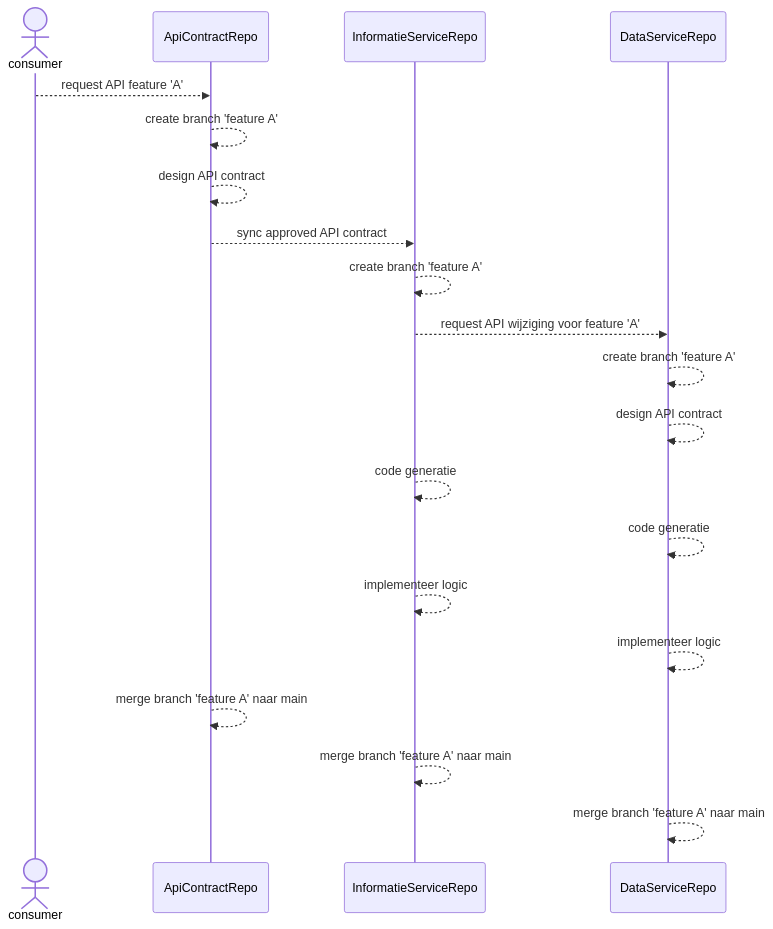
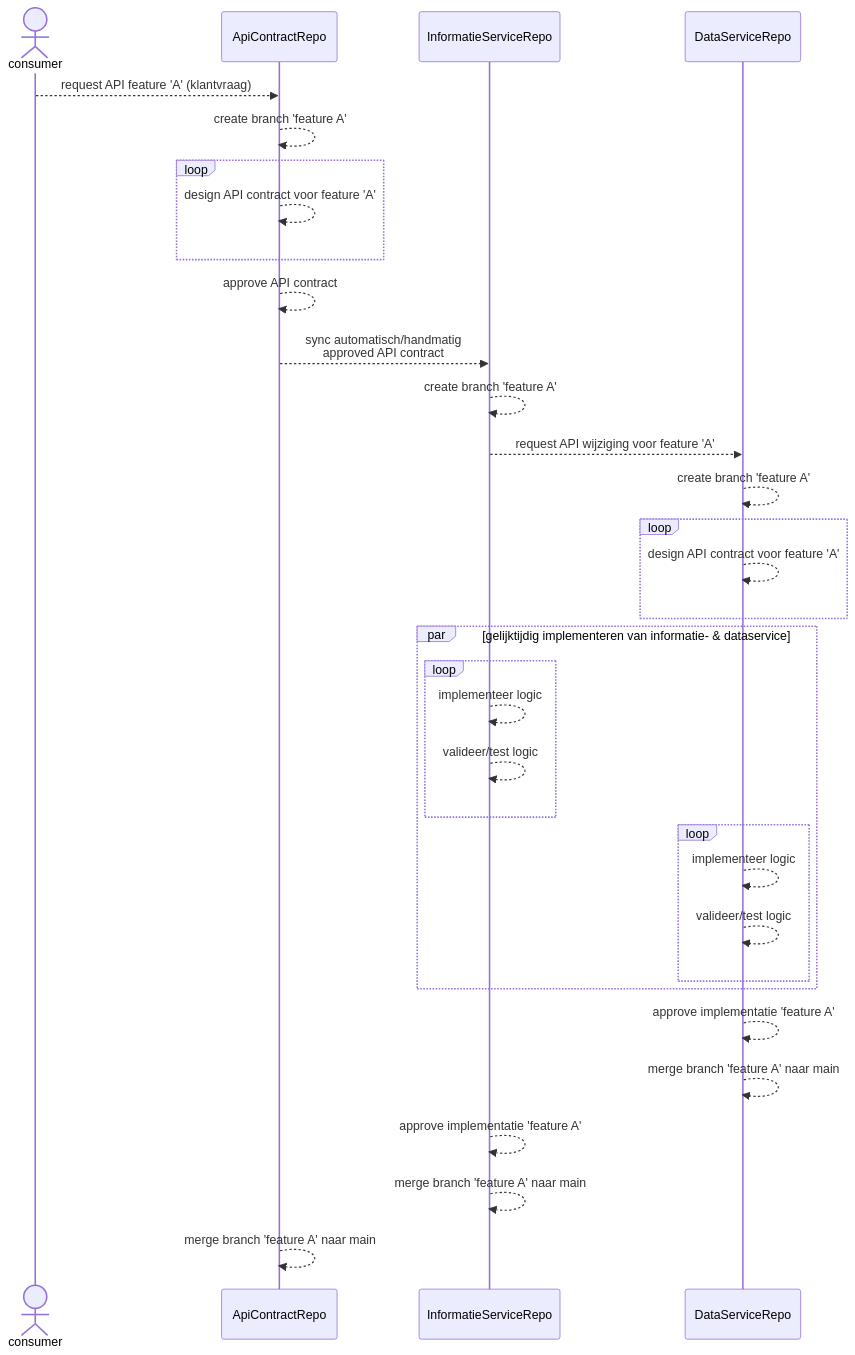
Before and after one commit to BRP-API/brp-shared: the diagram in docs/adr/0002-schema-first-api-design.md, drawn with Mermaid. The commit also changed other lines of this file, not shown here.

Commit message:
chore(docs): wijzigingen doorgevoerd naar aanleiding van feedback

````diff
--- a/docs/adr/0002-schema-first-api-design.md
+++ b/docs/adr/0002-schema-first-api-design.md
@@ -34,19 +40,32 @@
 ```mermaid
 sequenceDiagram
     actor consumer
-    consumer-->>ApiContractRepo: request API feature 'A'
+    consumer-->>ApiContractRepo: request API feature 'A' (klantvraag)
     ApiContractRepo-->>ApiContractRepo: create branch 'feature A'
-    ApiContractRepo-->>ApiContractRepo: design API contract
-    ApiContractRepo-->>InformatieServiceRepo: sync approved API contract
+    loop
+    ApiContractRepo-->>ApiContractRepo: design API contract voor feature 'A'
+    end
+    ApiContractRepo-->>ApiContractRepo: approve API contract
+    ApiContractRepo-->>InformatieServiceRepo: sync automatisch/handmatig<br> approved API contract
     InformatieServiceRepo-->>InformatieServiceRepo: create branch 'feature A'
     InformatieServiceRepo-->>DataServiceRepo: request API wijziging voor feature 'A'
     DataServiceRepo-->>DataServiceRepo: create branch 'feature A'
-    DataServiceRepo-->>DataServiceRepo: design API contract
-    InformatieServiceRepo-->>InformatieServiceRepo: code generatie
-    DataServiceRepo-->>DataServiceRepo: code generatie
-    InformatieServiceRepo-->>InformatieServiceRepo: implementeer logic
-    DataServiceRepo-->>DataServiceRepo: implementeer logic
+    loop
+    DataServiceRepo-->>DataServiceRepo: design API contract voor feature 'A'
+    end
+    par gelijktijdig implementeren van informatie- & dataservice
+        loop 
+            InformatieServiceRepo-->>InformatieServiceRepo: implementeer logic
+            InformatieServiceRepo-->>InformatieServiceRepo: valideer/test logic
+        end
+        loop 
+            DataServiceRepo-->>DataServiceRepo: implementeer logic
+            DataServiceRepo-->>DataServiceRepo: valideer/test logic
+        end
+    end
+    DataServiceRepo-->>DataServiceRepo: approve implementatie 'feature A'
+    DataServiceRepo-->>DataServiceRepo: merge branch 'feature A' naar main
+    InformatieServiceRepo-->>InformatieServiceRepo: approve implementatie 'feature A'
+    InformatieServiceRepo-->>InformatieServiceRepo: merge branch 'feature A' naar main
     ApiContractRepo-->>ApiContractRepo: merge branch 'feature A' naar main
-    InformatieServiceRepo-->>InformatieServiceRepo: merge branch 'feature A' naar main
-    DataServiceRepo-->>DataServiceRepo: merge branch 'feature A' naar main
 ```
````
